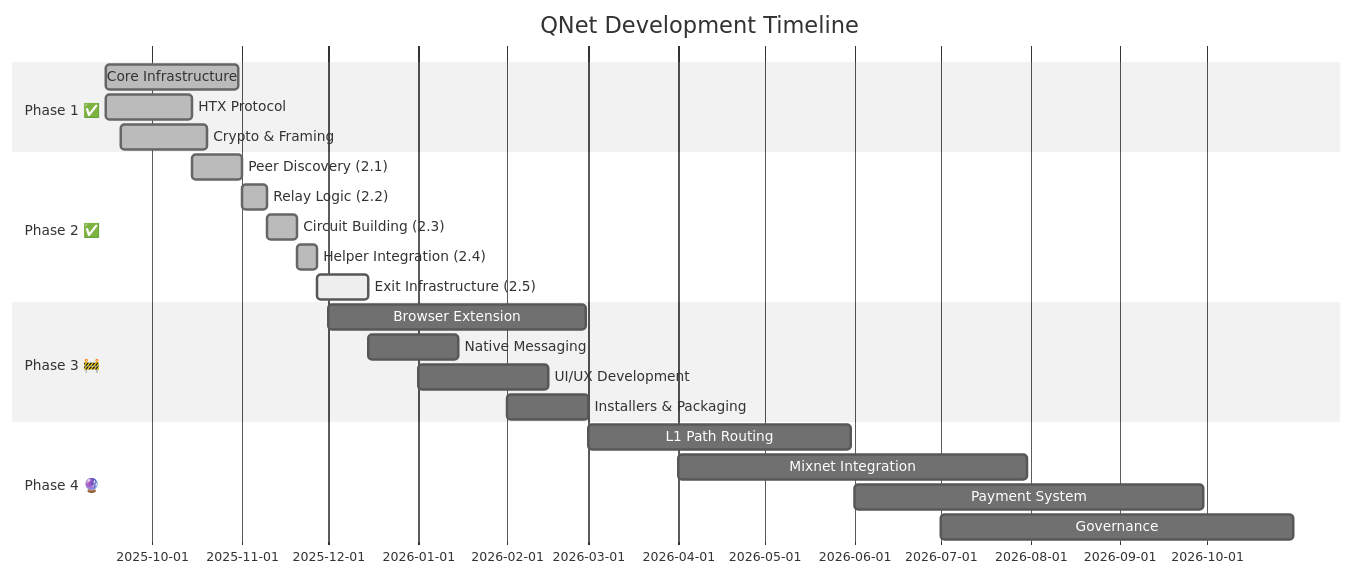
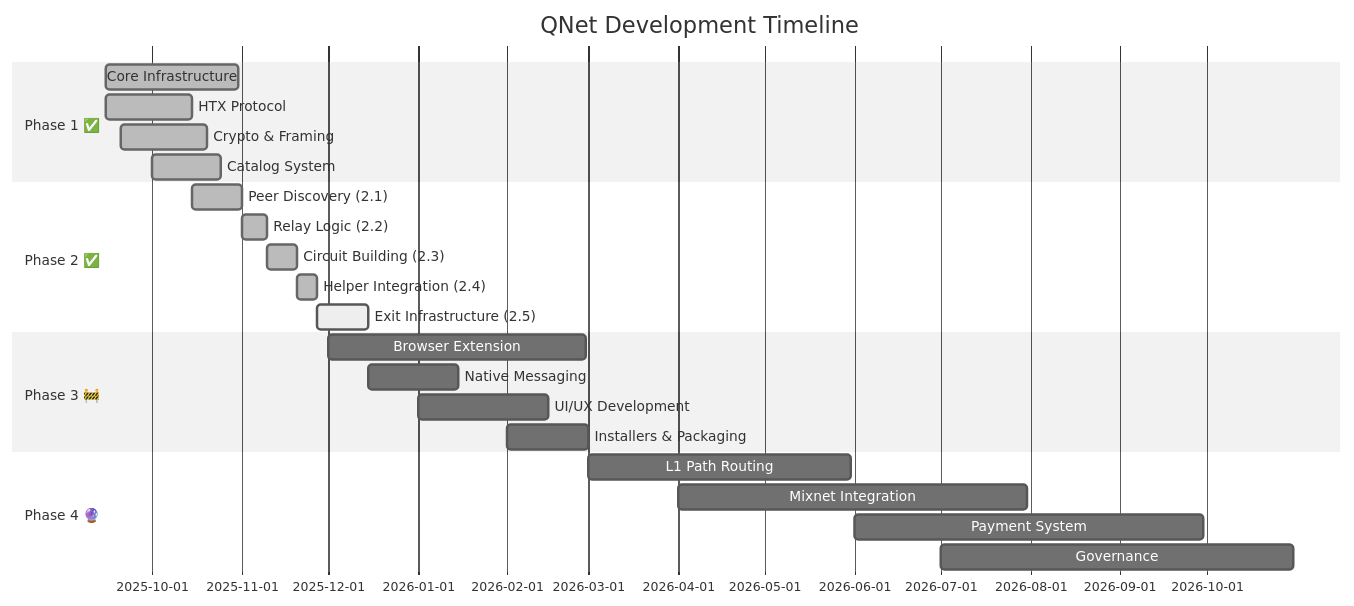
Before and after one commit to QW1CKS/qnet: diagram 15 of 15 in README.md, drawn with Mermaid (neutral theme). The commit also changed other lines of this file and 5 other files, not shown here.

````diff
--- a/README.md
+++ b/README.md
@@ -807,30 +798,31 @@
 ```mermaid
 gantt
     title QNet Development Timeline
     dateFormat YYYY-MM-DD
     todayMarker stroke-width:5px,stroke:#ff6b6b,opacity:0.8
     
     section Phase 1 ✅
     Core Infrastructure    :done, p1, 2025-09-15, 2025-10-31
     HTX Protocol          :done, p1a, 2025-09-15, 2025-10-15
     Crypto & Framing      :done, p1b, 2025-09-20, 2025-10-20
+    Catalog System        :done, p1c, 2025-10-01, 2025-10-25
     
     section Phase 2 ✅
     Peer Discovery (2.1)  :done, p2a, 2025-10-15, 2025-11-01
     Relay Logic (2.2)     :done, p2b, 2025-11-01, 2025-11-10
     Circuit Building (2.3):done, p2c, 2025-11-10, 2025-11-20
     Helper Integration (2.4):done, p2d, 2025-11-20, 2025-11-27
     Exit Infrastructure (2.5):active, p2e, 2025-11-27, 2025-12-15
     
     section Phase 3 🚧
     Browser Extension     :p3, 2025-12-01, 2026-02-28
     Native Messaging      :p3a, 2025-12-15, 2026-01-15
     UI/UX Development     :p3b, 2026-01-01, 2026-02-15
     Installers & Packaging:p3c, 2026-02-01, 2026-03-01
     
     section Phase 4 🔮
     L1 Path Routing       :p4a, 2026-03-01, 2026-05-31
     Mixnet Integration    :p4b, 2026-04-01, 2026-07-31
     Payment System        :p4c, 2026-06-01, 2026-09-30
     Governance            :p4d, 2026-07-01, 2026-10-31
 ```
````
